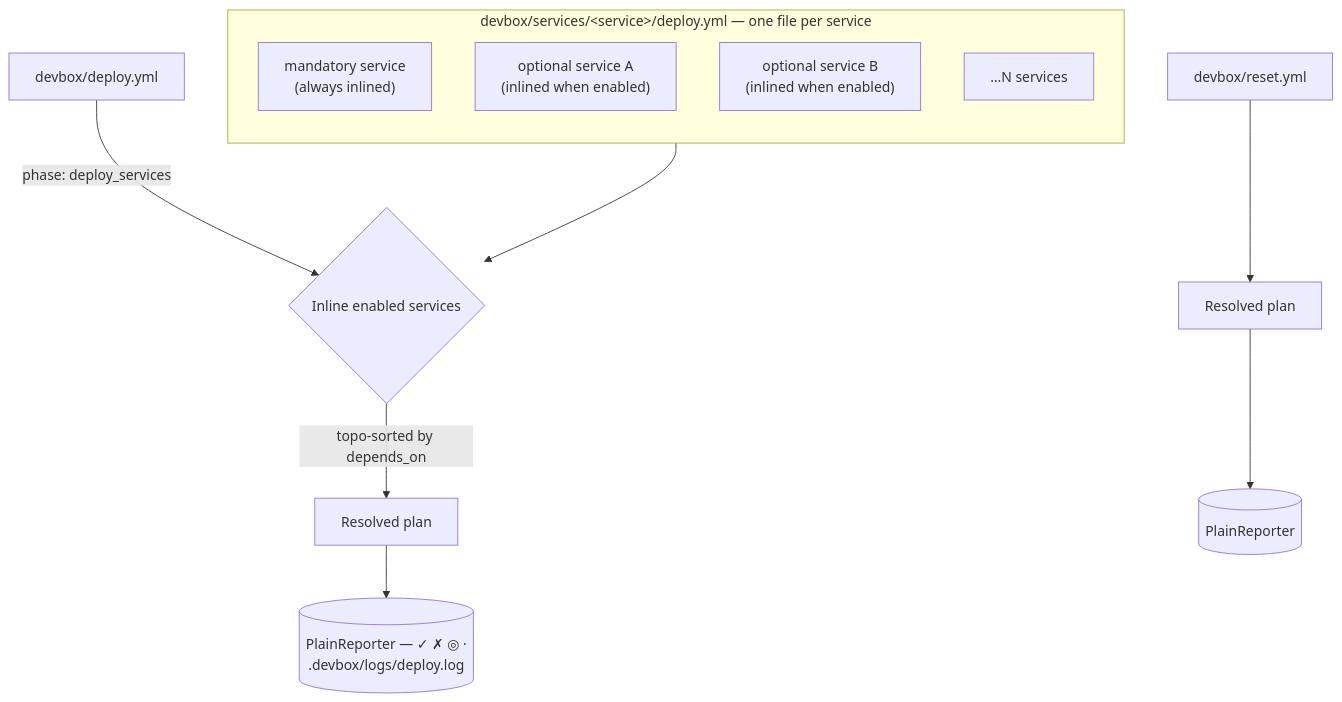
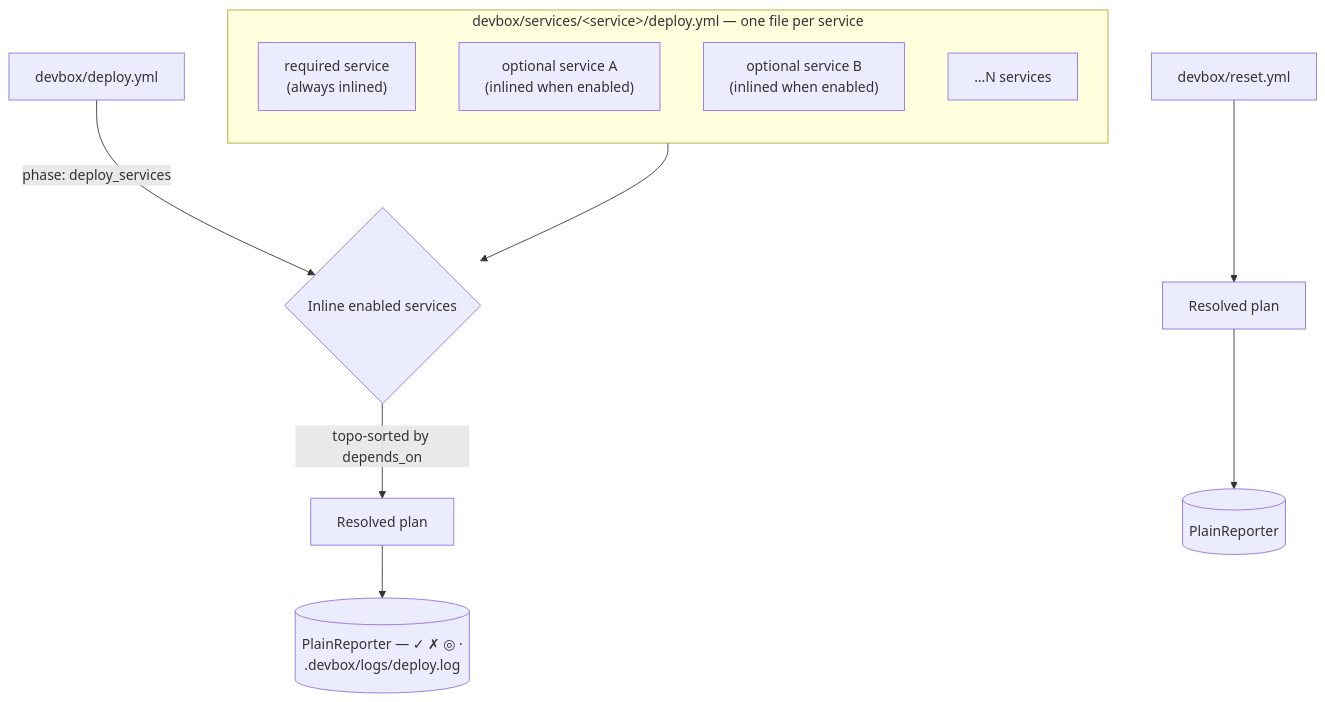
One commit to semsemyonoff/dwe changed the diagram in internal/docs/embedded/reference/config/deploy.md. Above: the diagram before and after it, drawn with Mermaid. The commit also changed other lines of this file and 57 other files, not shown here.

````diff
--- a/internal/docs/embedded/reference/config/deploy.md
+++ b/internal/docs/embedded/reference/config/deploy.md
@@ -54,18 +54,18 @@
 ```mermaid
 flowchart TB
   D[devbox/deploy.yml] -->|phase: deploy_services| INL{Inline enabled services}
 
   subgraph svc["devbox/services/&lt;service&gt;/deploy.yml — one file per service"]
     direction TB
-    S1["mandatory service<br/>(always inlined)"]
+    S1["required service<br/>(always inlined)"]
     S2["optional service A<br/>(inlined when enabled)"]
     S3["optional service B<br/>(inlined when enabled)"]
     SN["…N services"]
   end
 
   svc --> INL
   INL -->|topo-sorted by depends_on| PLAN[Resolved plan]
   PLAN --> RUN[(PlainReporter — ✓ ✗ ◎ ·<br/>.devbox/logs/deploy.log)]
 
   R[devbox/reset.yml] --> RPLAN[Resolved plan] --> RUN2[(PlainReporter)]
 ```
````
